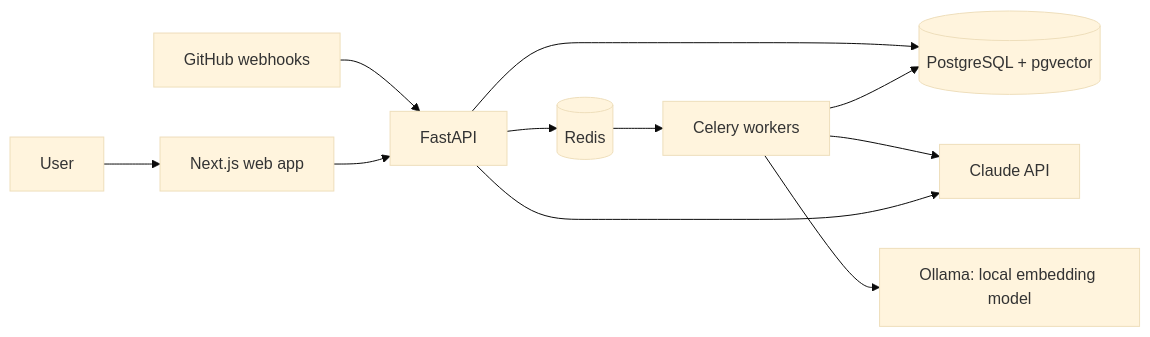
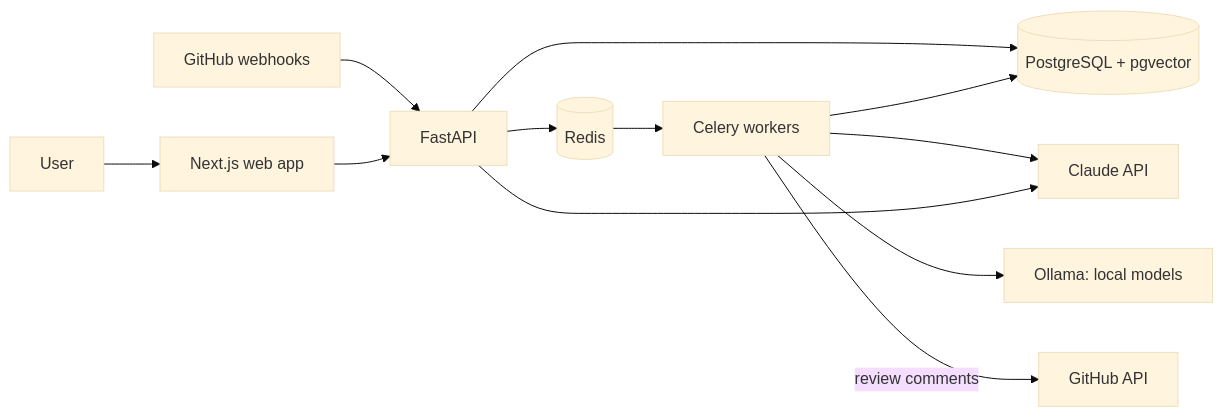
One commit to Prathmesh2492004/devassist changed the first of 2 diagrams in README.md. Above: the diagram before and after it, drawn with Mermaid (base theme). The commit also changed other lines of this file and 26 other files, not shown here.

First line of the commit message:
feat: GitHub App that reviews pull requests and comments on them

````diff
--- a/README.md
+++ b/README.md
@@ -30,13 +30,14 @@
 ```mermaid
 flowchart LR
     U[User] --> W[Next.js web app]
     GH[GitHub webhooks] --> A
     W --> A[FastAPI]
     A --> P[(PostgreSQL + pgvector)]
     A --> R[(Redis)]
     R --> C[Celery workers]
     C --> P
     C --> L[Claude API]
-    C --> O[Ollama: local embedding model]
+    C --> O[Ollama: local models]
+    C -- review comments --> GHAPI[GitHub API]
     A --> L
 ```
````
